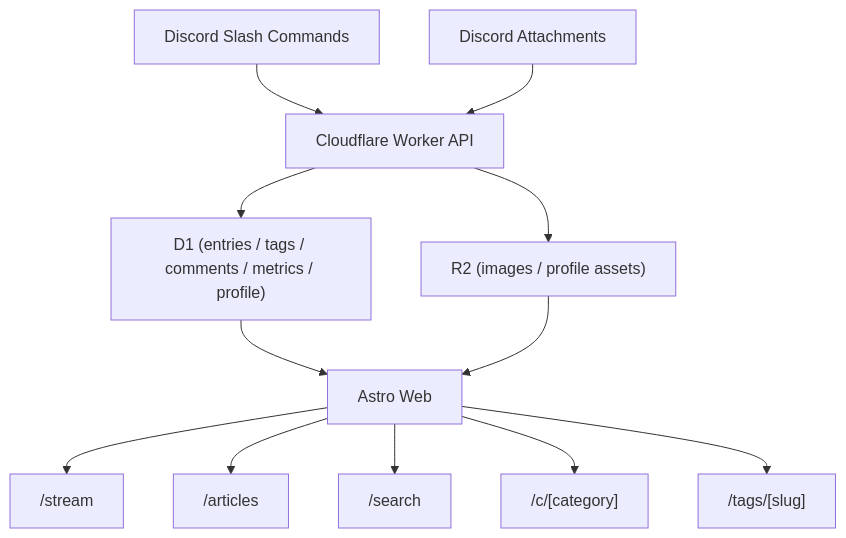
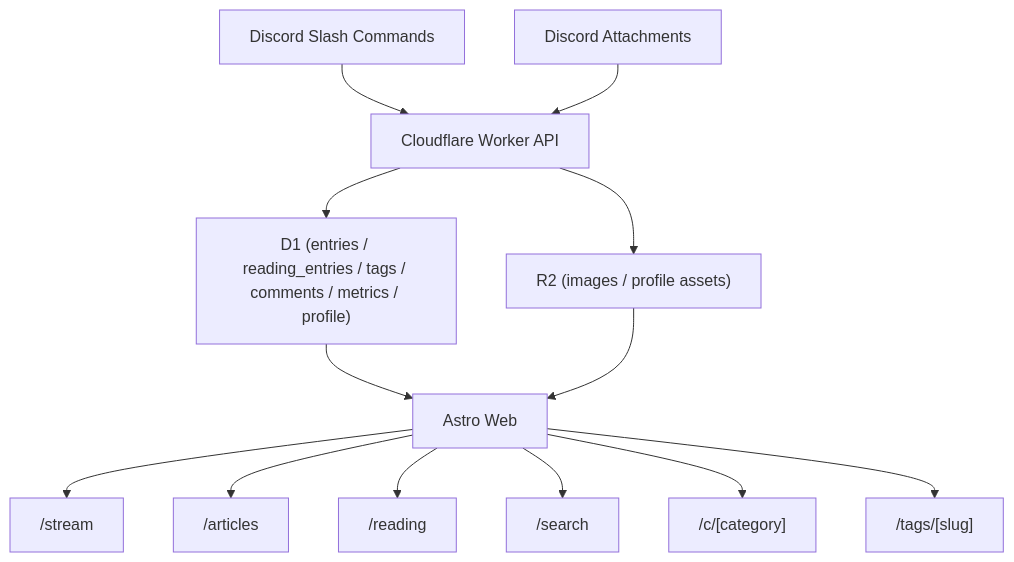
One commit to laiw54724-ui/blog changed the diagram in docs/architecture.md. Above: the diagram before and after it, drawn with Mermaid. The commit also changed other lines of this file and 53 other files, not shown here.

````diff
--- a/docs/architecture.md
+++ b/docs/architecture.md
@@ -16,14 +16,15 @@
 ```mermaid
 flowchart TD
   A["Discord Slash Commands"] --> B["Cloudflare Worker API"]
   A2["Discord Attachments"] --> B
-  B --> C["D1 (entries / tags / comments / metrics / profile)"]
+  B --> C["D1 (entries / reading_entries / tags / comments / metrics / profile)"]
   B --> D["R2 (images / profile assets)"]
   C --> E["Astro Web"]
   D --> E
   E --> F["/stream"]
   E --> G["/articles"]
+  E --> G2["/reading"]
   E --> H["/search"]
   E --> I["/c/[category]"]
   E --> J["/tags/[slug]"]
 ```
````
